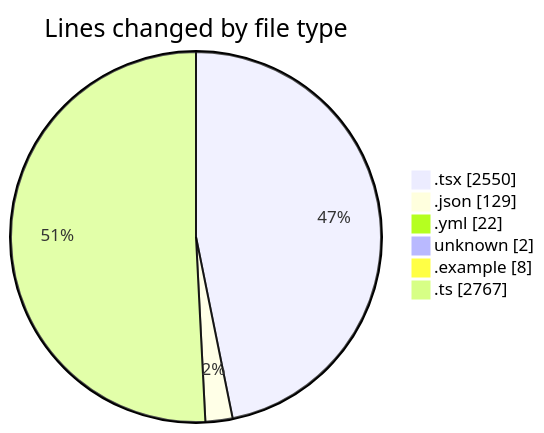
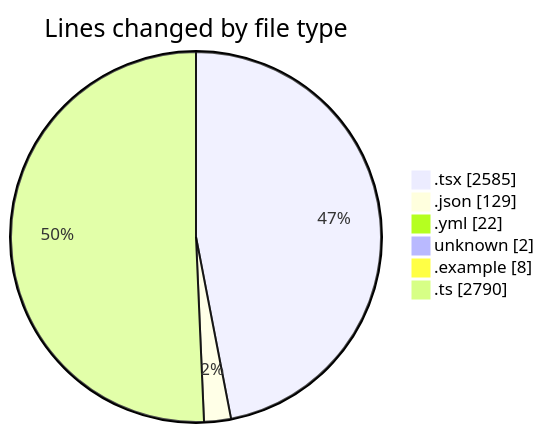
Before and after one commit to julien-gomy/code-tracking: the first of 2 diagrams in 2025-11-21/eventscop-frontend-guide__workspace_/README.md, drawn with Mermaid. The commit also changed other lines of this file and 1 other file, not shown here.

````diff
--- a/2025-11-21/eventscop-frontend-guide__workspace_/README.md
+++ b/2025-11-21/eventscop-frontend-guide__workspace_/README.md
@@ -58,10 +59,10 @@
 ```mermaid
 pie showData
 title Lines changed by file type
-".tsx" : 2550
+".tsx" : 2585
 ".json" : 129
 ".yml" : 22
 "unknown" : 2
 ".example" : 8
-".ts" : 2767
+".ts" : 2790
 ```
````
